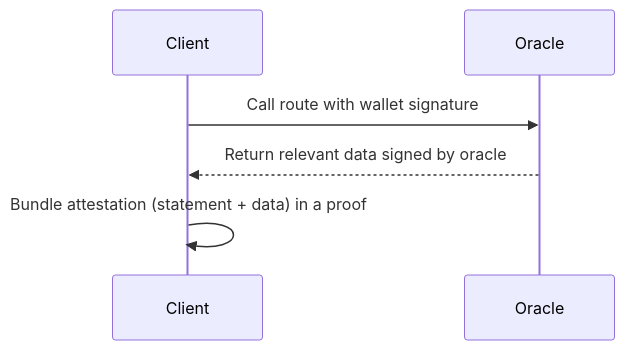
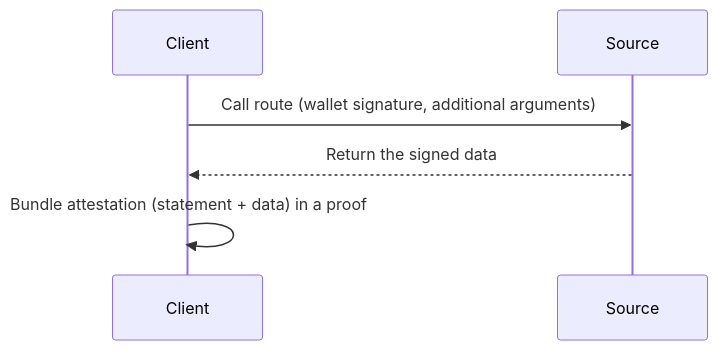
Before and after one commit to julio4/zap: the first of 4 diagrams in docs/pages/protocol.mdx, drawn with Mermaid. The commit also changed other lines of this file and 4 other files, not shown here.

````diff
--- a/docs/pages/protocol.mdx
+++ b/docs/pages/protocol.mdx
@@ -38,8 +35,8 @@
 ```mermaid
 sequenceDiagram
     participant Client
-    participant Oracle
-    Client->>Oracle: Call route with wallet signature
-    Oracle-->>Client: Return relevant data signed by oracle
+    participant Source
+    Client->>Source: Call route (wallet signature, additional arguments)
+    Source-->>Client: Return the signed data
     Client->>Client: Bundle attestation (statement + data) in a proof
 ```
````
